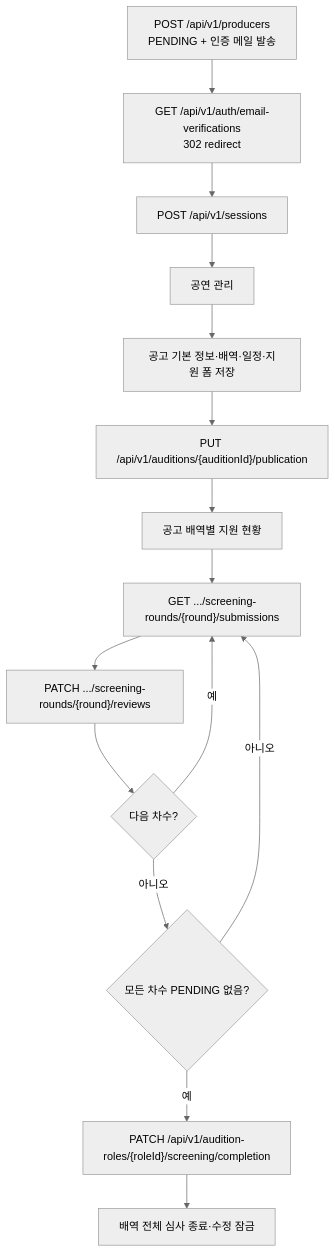
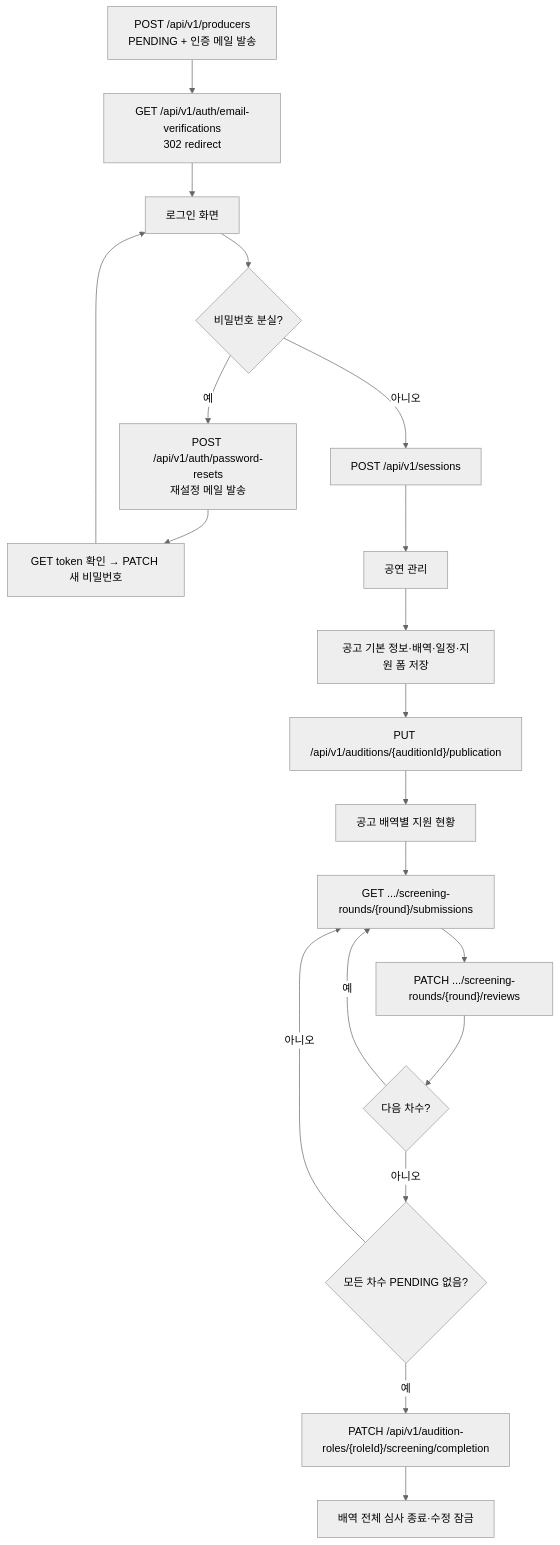
Before and after one commit to woowacourse-teams/2026-yesulin: the diagram in frontend/docs/user-flows/producer.mmd, drawn with Mermaid (neutral theme). The commit also changed 31 other files, not shown here.

First line of the commit message:
feat: 이메일 기반 비밀번호 재설정 구현 (#146)

```diff
--- a/frontend/docs/user-flows/producer.mmd
+++ b/frontend/docs/user-flows/producer.mmd
@@ -1,15 +1,20 @@
 flowchart TD
     SIGNUP["POST /api/v1/producers<br>PENDING + 인증 메일 발송"] --> VERIFY["GET /api/v1/auth/email-verifications<br>302 redirect"]
-    VERIFY --> LOGIN["POST /api/v1/sessions"]
+    VERIFY --> LOGIN_FORM["로그인 화면"]
+    LOGIN_FORM --> FORGOT{"비밀번호 분실?"}
+    FORGOT -- 예 --> RESET_MAIL["POST /api/v1/auth/password-resets<br>재설정 메일 발송"]
+    RESET_MAIL --> RESET["GET token 확인 → PATCH 새 비밀번호"]
+    RESET --> LOGIN_FORM
+    FORGOT -- 아니오 --> LOGIN["POST /api/v1/sessions"]
     LOGIN --> PERFORMANCE["공연 관리"]
     PERFORMANCE --> AUDITION["공고 기본 정보·배역·일정·지원 폼 저장"]
     AUDITION --> PUBLISH["PUT /api/v1/auditions/{auditionId}/publication"]
     PUBLISH --> ROLE["공고 배역별 지원 현황"]
     ROLE --> BOARD["GET .../screening-rounds/{round}/submissions"]
     BOARD --> REVIEW["PATCH .../screening-rounds/{round}/reviews"]
     REVIEW --> NEXT{"다음 차수?"}
     NEXT -- 예 --> BOARD
     NEXT -- 아니오 --> READY{"모든 차수 PENDING 없음?"}
     READY -- 아니오 --> BOARD
     READY -- 예 --> COMPLETE["PATCH /api/v1/audition-roles/{roleId}/screening/completion"]
     COMPLETE --> LOCKED["배역 전체 심사 종료·수정 잠금"]
```
